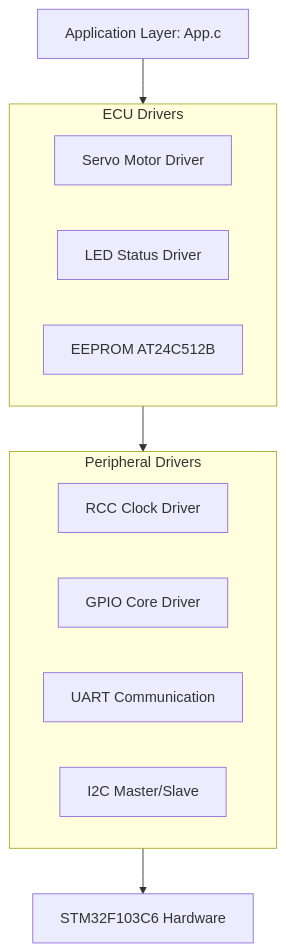
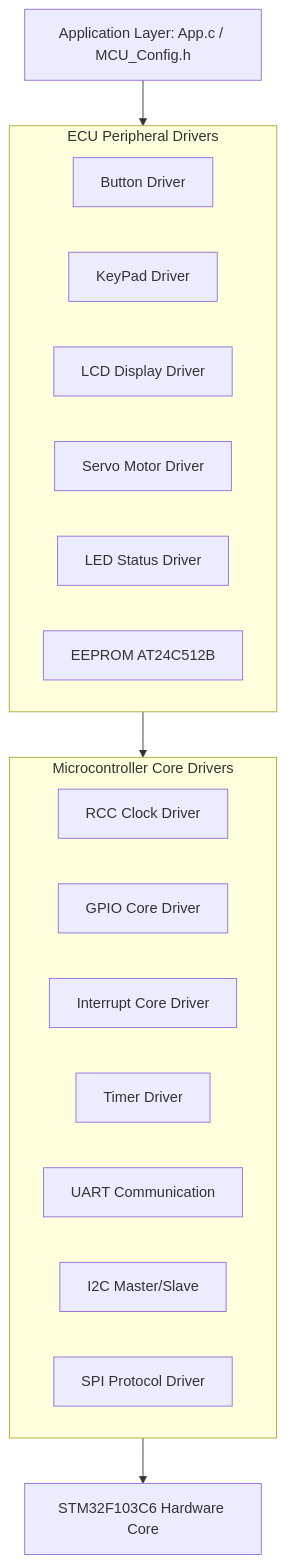
Before and after one commit to Mahmoud976/STM32-Smart-Car-Parking-System: the first of 2 diagrams in README.md, drawn with Mermaid. The commit also changed other lines of this file, not shown here.

````diff
--- a/README.md
+++ b/README.md
@@ -27,19 +30,25 @@
 ```mermaid
 graph TD
-    APP[Application Layer: App.c] --> ECUAL[ECU Abstraction Layer]
+    APP[Application Layer: App.c / MCU_Config.h] --> ECUAL[ECU Abstraction Layer]
     ECUAL --> MCAL[Microcontroller Abstraction Layer]
-    MCAL --> HW[STM32F103C6 Hardware]
+    MCAL --> HW[STM32F103C6 Hardware Core]
 
-    subgraph ECUAL [ECU Drivers]
+    subgraph ECUAL [ECU Peripheral Drivers]
+        BUTTON[Button Driver]
+        KEYPAD[KeyPad Driver]
+        LCD[LCD Display Driver]
         SERVO[Servo Motor Driver]
         LED[LED Status Driver]
         EEPROM[EEPROM AT24C512B]
     end
 
-    subgraph MCAL [Peripheral Drivers]
+    subgraph MCAL [Microcontroller Core Drivers]
         RCC[RCC Clock Driver]
         GPIO[GPIO Core Driver]
+        EXTI[Interrupt Core Driver]
+        TIMER[Timer Driver]
         UART[UART Communication]
         I2C[I2C Master/Slave]
+        SPI[SPI Protocol Driver]
     end
 ```
````
